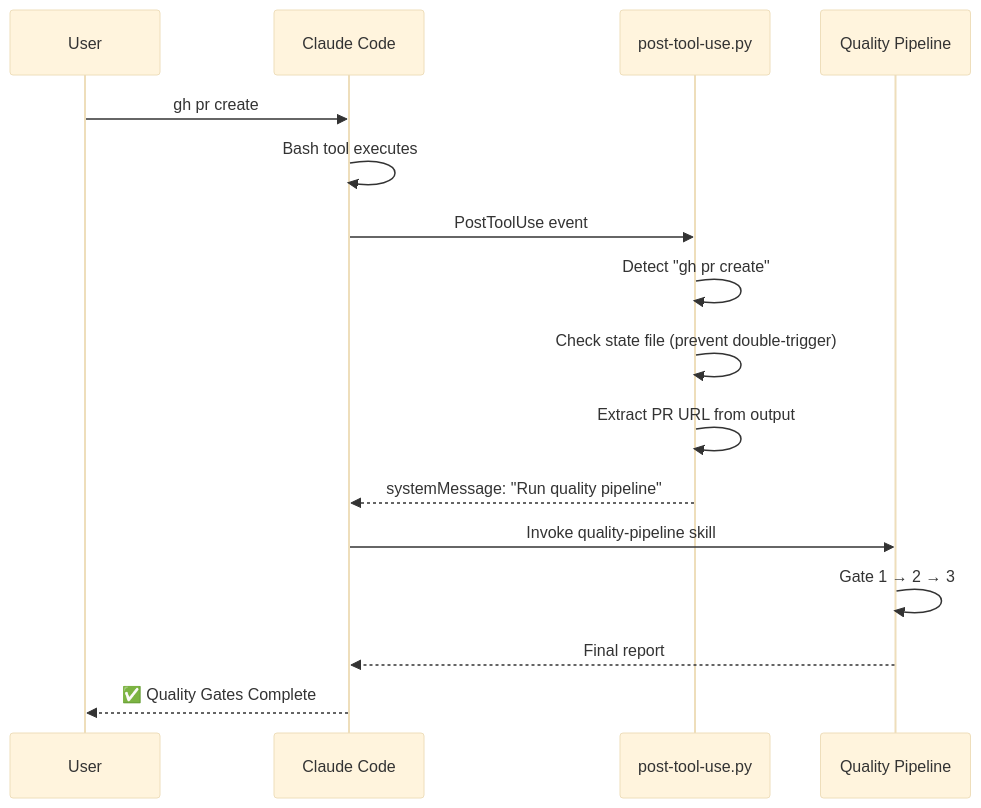
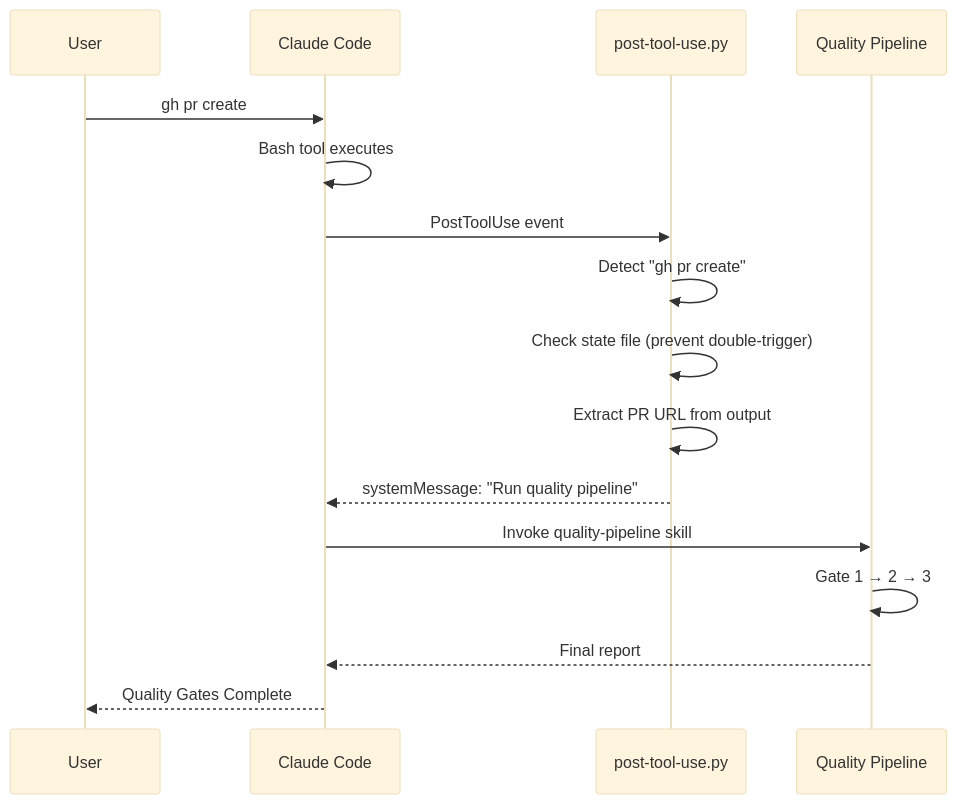
One commit to Jeongho-K/quality-gates changed the second of 2 diagrams in plugins/quality-gates/README.md. Above: the diagram before and after it, drawn with Mermaid (base theme). The commit also changed other lines of this file and 5 other files, not shown here.

````diff
--- a/plugins/quality-gates/README.md
+++ b/plugins/quality-gates/README.md
@@ -72,19 +93,19 @@
 ```mermaid
 sequenceDiagram
     participant User
     participant Claude as Claude Code
     participant Hook as post-tool-use.py
     participant QG as Quality Pipeline
 
     User->>Claude: gh pr create
     Claude->>Claude: Bash tool executes
     Claude->>Hook: PostToolUse event
     Hook->>Hook: Detect "gh pr create"
     Hook->>Hook: Check state file (prevent double-trigger)
     Hook->>Hook: Extract PR URL from output
     Hook-->>Claude: systemMessage: "Run quality pipeline"
     Claude->>QG: Invoke quality-pipeline skill
     QG->>QG: Gate 1 → 2 → 3
     QG-->>Claude: Final report
-    Claude-->>User: ✅ Quality Gates Complete
+    Claude-->>User: Quality Gates Complete
 ```
````
